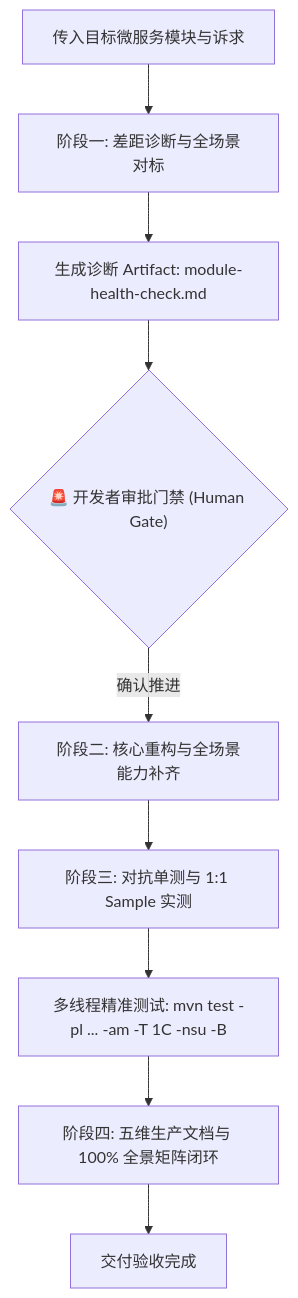
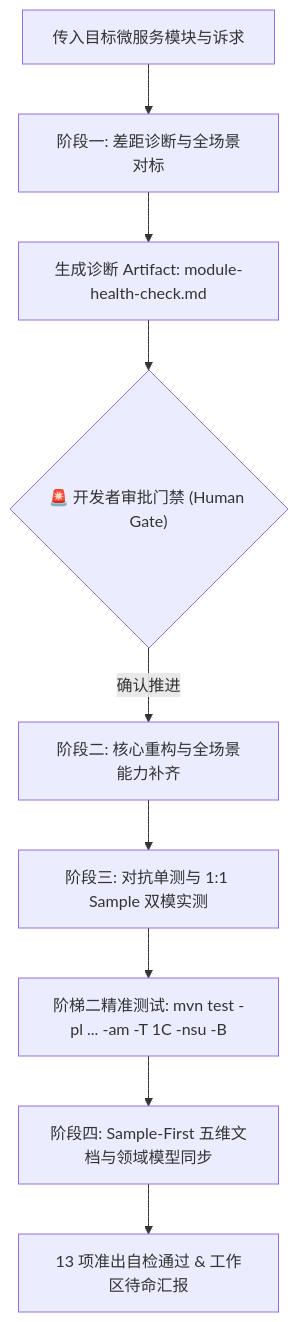
The diagram in docs/agents/module-hardening-and-expansion.md (atengk/ateng-cloud), drawn with Mermaid before and after one commit. The commit also changed other lines of this file and 8 other files, not shown here.

````diff
--- a/docs/agents/module-hardening-and-expansion.md
+++ b/docs/agents/module-hardening-and-expansion.md
@@ -48,11 +23,11 @@
 ```mermaid
 flowchart TD
     A["传入目标微服务模块与诉求"] --> B["阶段一: 差距诊断与全场景对标"]
     B --> C["生成诊断 Artifact: module-health-check.md"]
     C --> D{"🚨 开发者审批门禁 (Human Gate)"}
     D -- "确认推进" --> E["阶段二: 核心重构与全场景能力补齐"]
-    E --> F["阶段三: 对抗单测与 1:1 Sample 实测"]
-    F --> G["多线程精准测试: mvn test -pl ... -am -T 1C -nsu -B"]
-    G --> H["阶段四: 五维生产文档与 100% 全景矩阵闭环"]
-    H --> I["交付验收完成"]
+    E --> F["阶段三: 对抗单测与 1:1 Sample 双模实测"]
+    F --> G["阶梯二精准测试: mvn test -pl ... -am -T 1C -nsu -B"]
+    G --> H["阶段四: Sample-First 五维文档与领域模型同步"]
+    H --> I["13 项准出自检通过 & 工作区待命汇报"]
 ```
````
